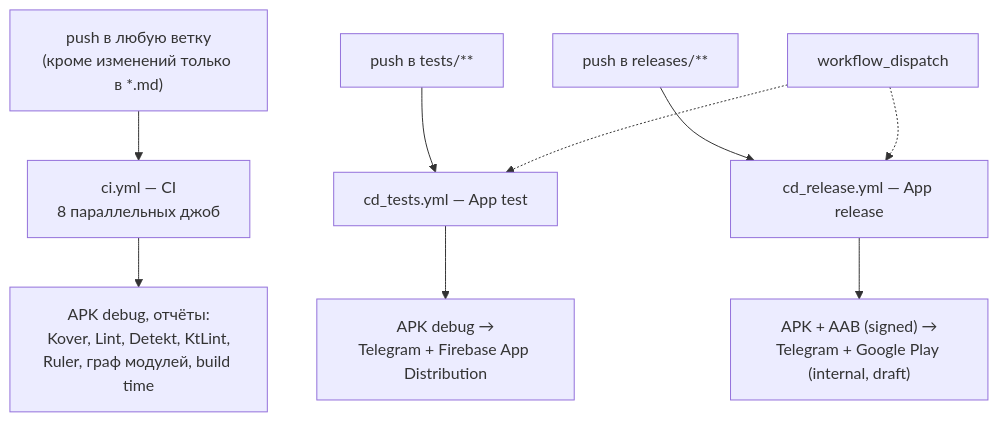
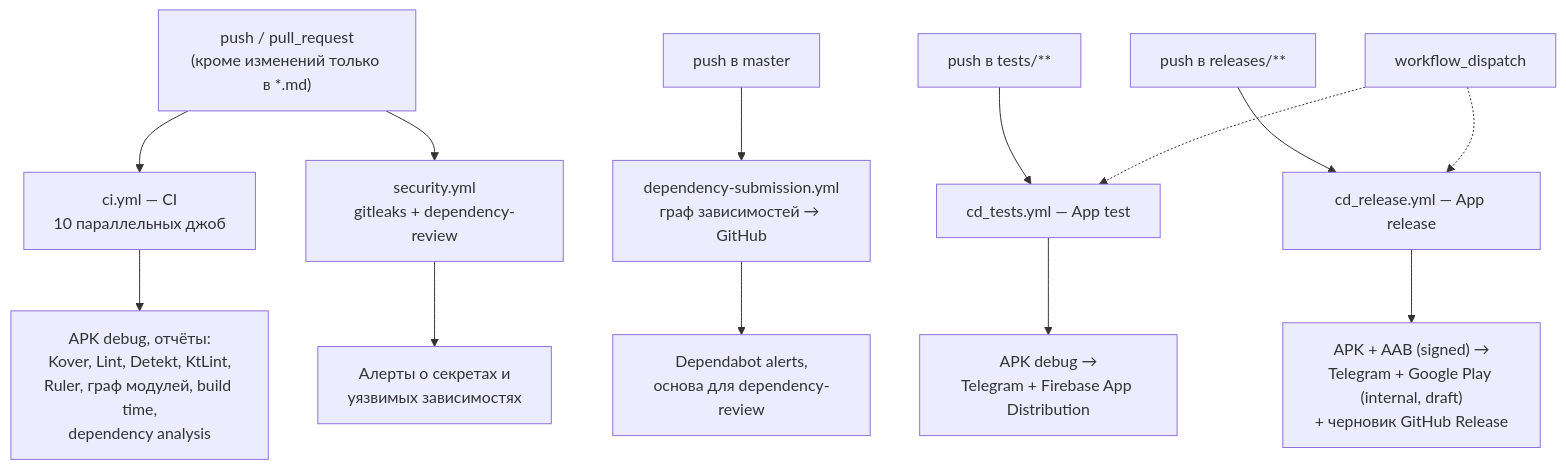
Before and after one commit to IliaVoskoboinikov/Finance-Manager: the first of 3 diagrams in docs/ci-cd.md, drawn with Mermaid. The commit also changed other lines of this file and 21 other files, not shown here.

````diff
--- a/docs/ci-cd.md
+++ b/docs/ci-cd.md
@@ -14,12 +14,16 @@
 ```mermaid
 flowchart TD
-    push["push в любую ветку<br/>(кроме изменений только в *.md)"] --> ci["ci.yml — CI<br/>8 параллельных джоб"]
+    push["push / pull_request<br/>(кроме изменений только в *.md)"] --> ci["ci.yml — CI<br/>10 параллельных джоб"]
+    push --> sec["security.yml<br/>gitleaks + dependency-review"]
+    pushM["push в master"] --> dep["dependency-submission.yml<br/>граф зависимостей → GitHub"]
     pushT["push в tests/**"] --> cdt["cd_tests.yml — App test"]
     pushR["push в releases/**"] --> cdr["cd_release.yml — App release"]
     wd["workflow_dispatch"] -.-> cdt
     wd -.-> cdr
 
-    ci --> art1["APK debug, отчёты:<br/>Kover, Lint, Detekt, KtLint,<br/>Ruler, граф модулей, build time"]
+    ci --> art1["APK debug, отчёты:<br/>Kover, Lint, Detekt, KtLint,<br/>Ruler, граф модулей, build time,<br/>dependency analysis"]
+    sec --> art4["Алерты о секретах и<br/>уязвимых зависимостях"]
+    dep --> art5["Dependabot alerts,<br/>основа для dependency-review"]
     cdt --> art2["APK debug →<br/>Telegram + Firebase App Distribution"]
-    cdr --> art3["APK + AAB (signed) →<br/>Telegram + Google Play (internal, draft)"]
+    cdr --> art3["APK + AAB (signed) →<br/>Telegram + Google Play (internal, draft)<br/>+ черновик GitHub Release"]
 ```
````
